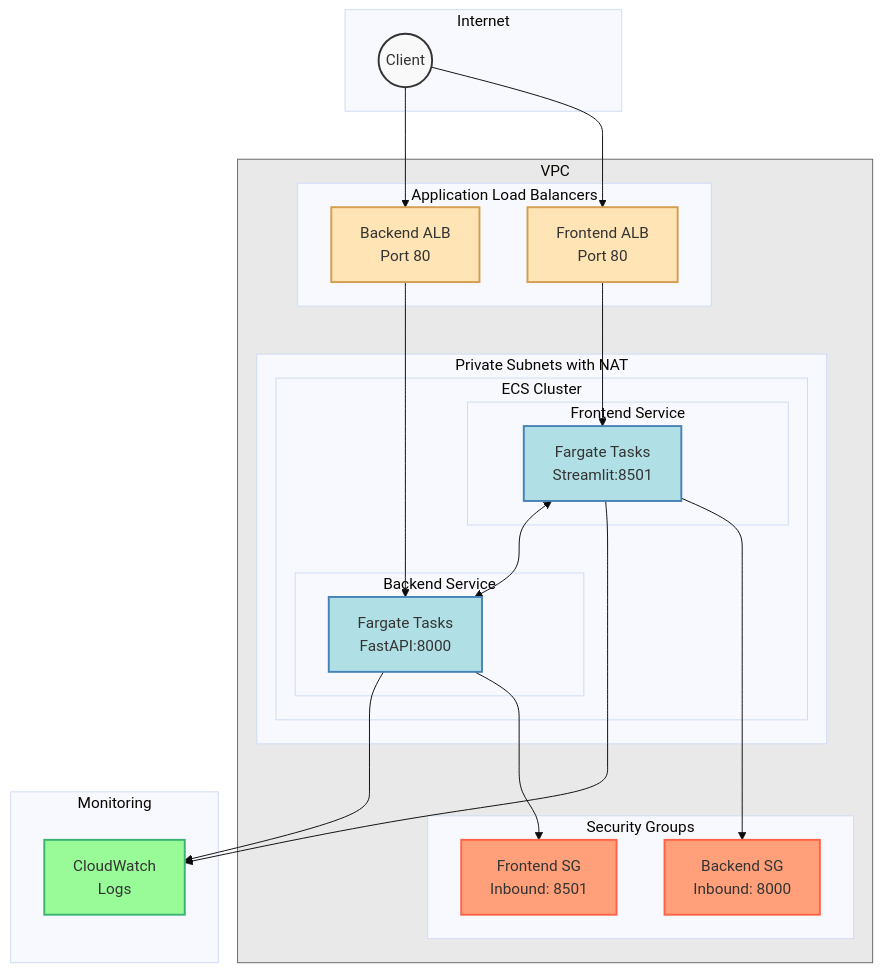
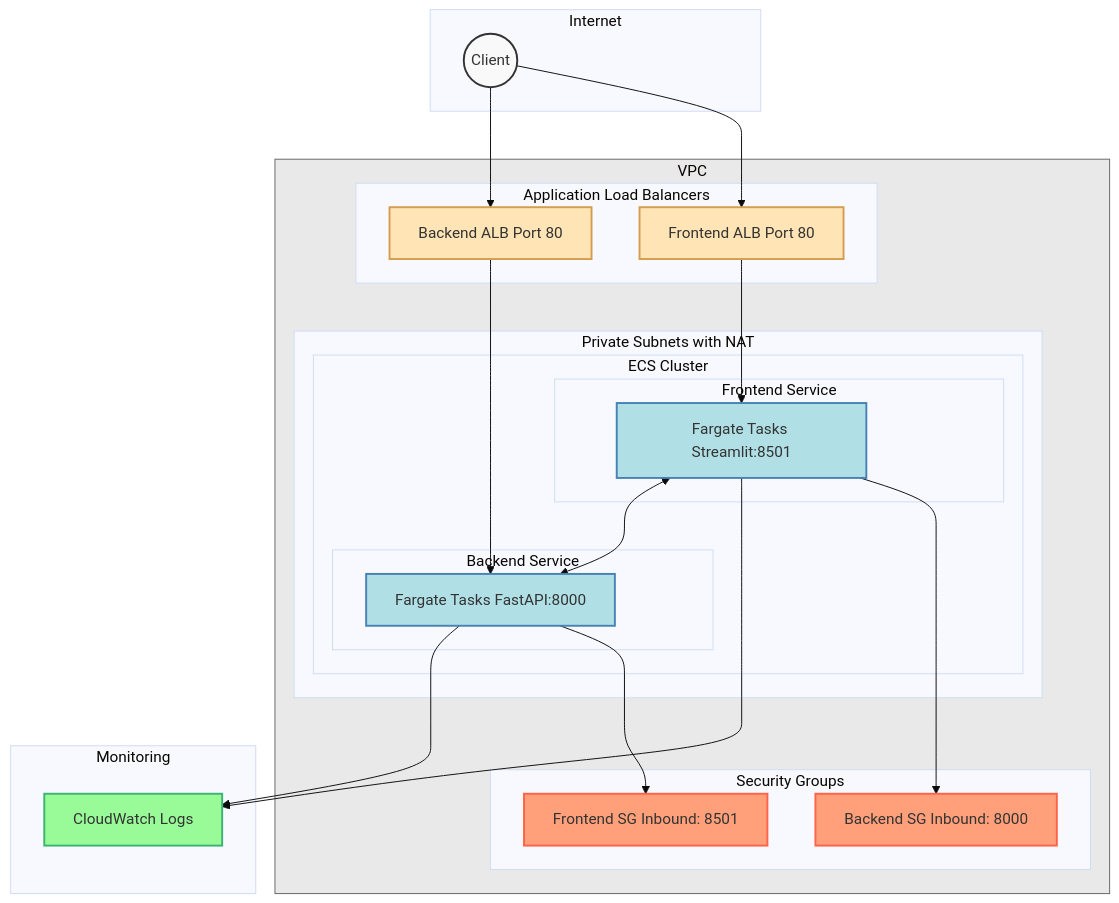
Before and after one commit to chicken-teriyaki-cup-rice/ecs-animal-classifier-fargate-cdk: the diagram in README.md, drawn with Mermaid (base theme).

````diff
--- a/README.md
+++ b/README.md
@@ -15,57 +15,57 @@
 ```mermaid
 flowchart TB
     subgraph internet["Internet"]
         client(("Client"))
     end
 
     subgraph vpc["VPC"]
         subgraph alb["Application Load Balancers"]
-            falb["Frontend ALB\nPort 80"]
-            balb["Backend ALB\nPort 80"]
+            falb["Frontend ALB Port 80"]
+            balb["Backend ALB Port 80"]
         end
         
         subgraph private["Private Subnets with NAT"]
             subgraph ecs["ECS Cluster"]
                 subgraph frontend["Frontend Service"]
-                    fe["Fargate Tasks\nStreamlit:8501"]
+                    fe["Fargate Tasks Streamlit:8501"]
                 end
                 
                 subgraph backend["Backend Service"]
-                    be["Fargate Tasks\nFastAPI:8000"]
+                    be["Fargate Tasks FastAPI:8000"]
                 end
             end
         end
 
         subgraph sg["Security Groups"]
-            fsg["Frontend SG\nInbound: 8501"]
-            bsg["Backend SG\nInbound: 8000"]
+            fsg["Frontend SG Inbound: 8501"]
+            bsg["Backend SG Inbound: 8000"]
         end
     end
 
     subgraph monitoring["Monitoring"]
-        logs["CloudWatch\nLogs"]
+        logs["CloudWatch Logs"]
     end
 
     client --> falb
     client --> balb
     falb --> fe
     balb --> be
     fe --> bsg
     be --> fsg
     fe --> logs
     be --> logs
     fe <--> be
 
     classDef default fill:#f9f9f9,stroke:#333,stroke-width:2px
     classDef vpc fill:#e9e9e9,stroke:#666
     classDef alb fill:#FFE4B5,stroke:#d49d4f
     classDef service fill:#B0E0E6,stroke:#4682B4
     classDef security fill:#FFA07A,stroke:#FF6347
     classDef monitoring fill:#98FB98,stroke:#3CB371
     
     class vpc vpc
     class falb,balb alb
     class fe,be service
     class fsg,bsg security
     class logs monitoring
 ```
````
